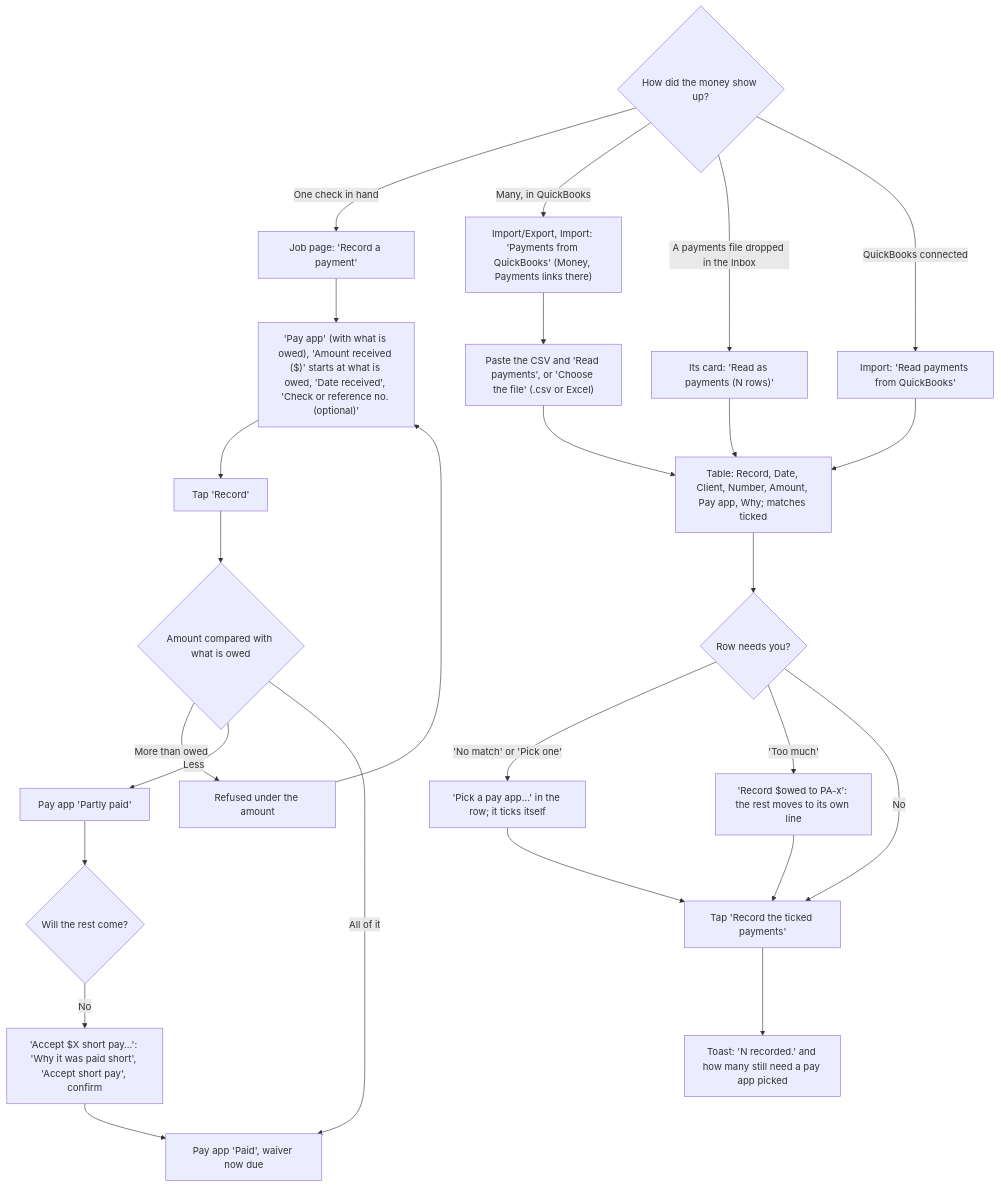
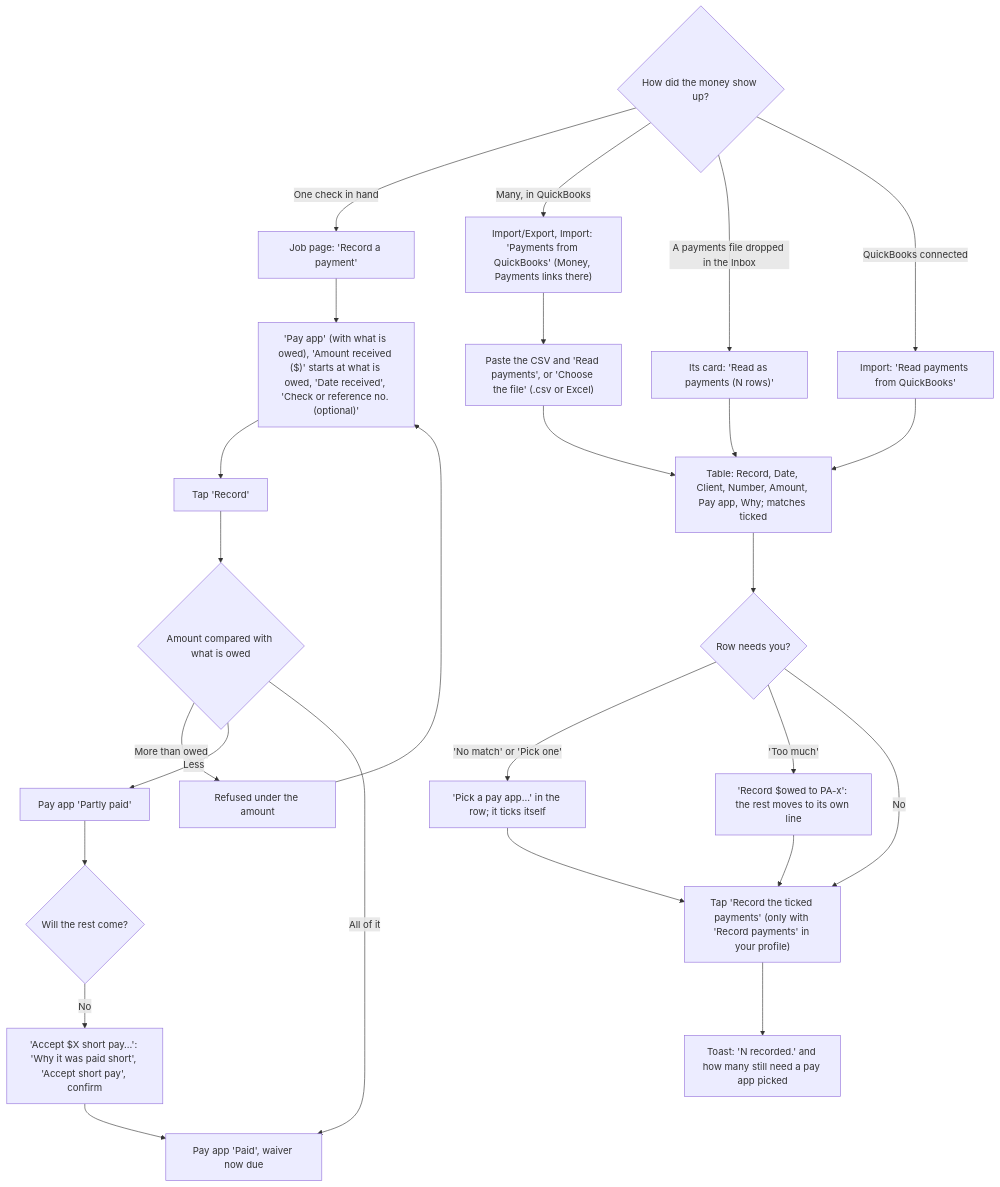
The tenth of 16 diagrams in docs/client-flows.md (cartwrightstephen/billdable), drawn with Mermaid before and after one commit. The commit also changed other lines of this file and 9 other files, not shown here.

Commit message:
Sign-in and permissions: no sign-in without the emailed code, wrong codes throttled, import needs Record payments, only owners change profiles, reset keeps profiles, password reset forgets devices

````diff
--- a/docs/client-flows.md
+++ b/docs/client-flows.md
@@ -394,28 +394,28 @@
 ```mermaid
 flowchart TD
     A{"How did the money show up?"} -->|"One check in hand"| B["Job page: 'Record a payment'"]
     B --> C["'Pay app' (with what is owed), 'Amount received ($)' starts at what is owed, 'Date received', 'Check or reference no. (optional)'"]
     C --> D["Tap 'Record'"]
     D --> E{"Amount compared with what is owed"}
     E -->|"More than owed"| F["Refused under the amount"]
     F --> C
     E -->|"Less"| G["Pay app 'Partly paid'"]
     G --> G2{"Will the rest come?"}
     G2 -->|"No"| G3["'Accept $X short pay…': 'Why it was paid short', 'Accept short pay', confirm"]
     G3 --> H
     E -->|"All of it"| H["Pay app 'Paid', waiver now due"]
     A -->|"Many, in QuickBooks"| I["Import/Export, Import: 'Payments from QuickBooks' (Money, Payments links there)"]
     I --> J["Paste the CSV and 'Read payments', or 'Choose the file' (.csv or Excel)"]
     A -->|"A payments file dropped in the Inbox"| J2["Its card: 'Read as payments (N rows)'"]
     J2 --> K
     J --> K["Table: Record, Date, Client, Number, Amount, Pay app, Why; matches ticked"]
     K --> L{"Row needs you?"}
     L -->|"'No match' or 'Pick one'"| L1["'Pick a pay app…' in the row; it ticks itself"]
     L -->|"'Too much'"| L2["'Record $owed to PA-x': the rest moves to its own line"]
     L1 --> M
     L2 --> M
-    L -->|"No"| M["Tap 'Record the ticked payments'"]
+    L -->|"No"| M["Tap 'Record the ticked payments' (only with 'Record payments' in your profile)"]
     M --> N["Toast: 'N recorded.' and how many still need a pay app picked"]
     A -->|"QuickBooks connected"| O["Import: 'Read payments from QuickBooks'"]
     O --> K
 ```
````
